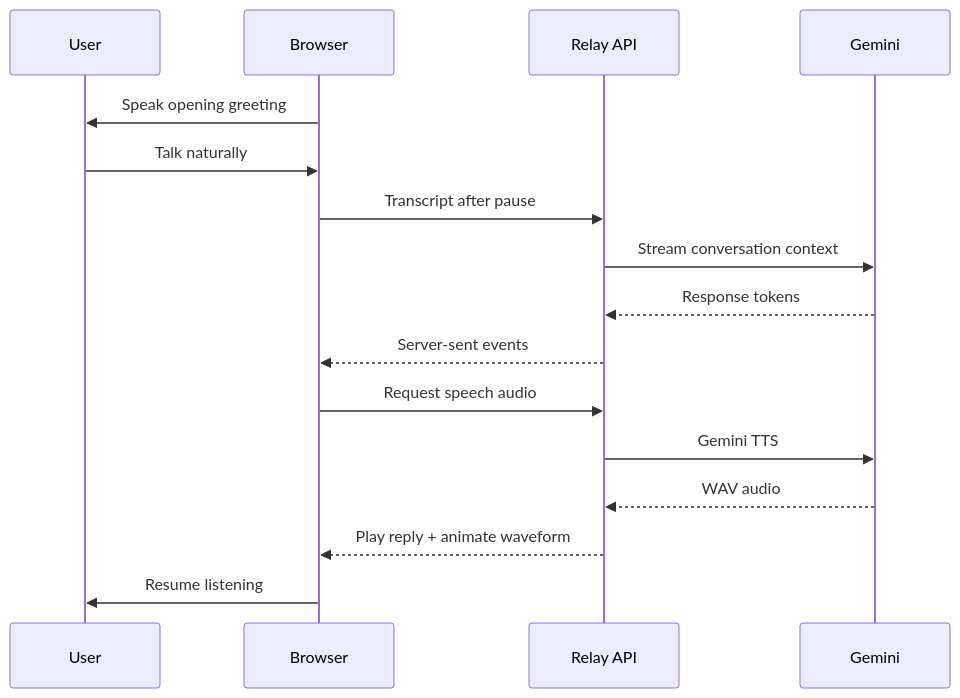
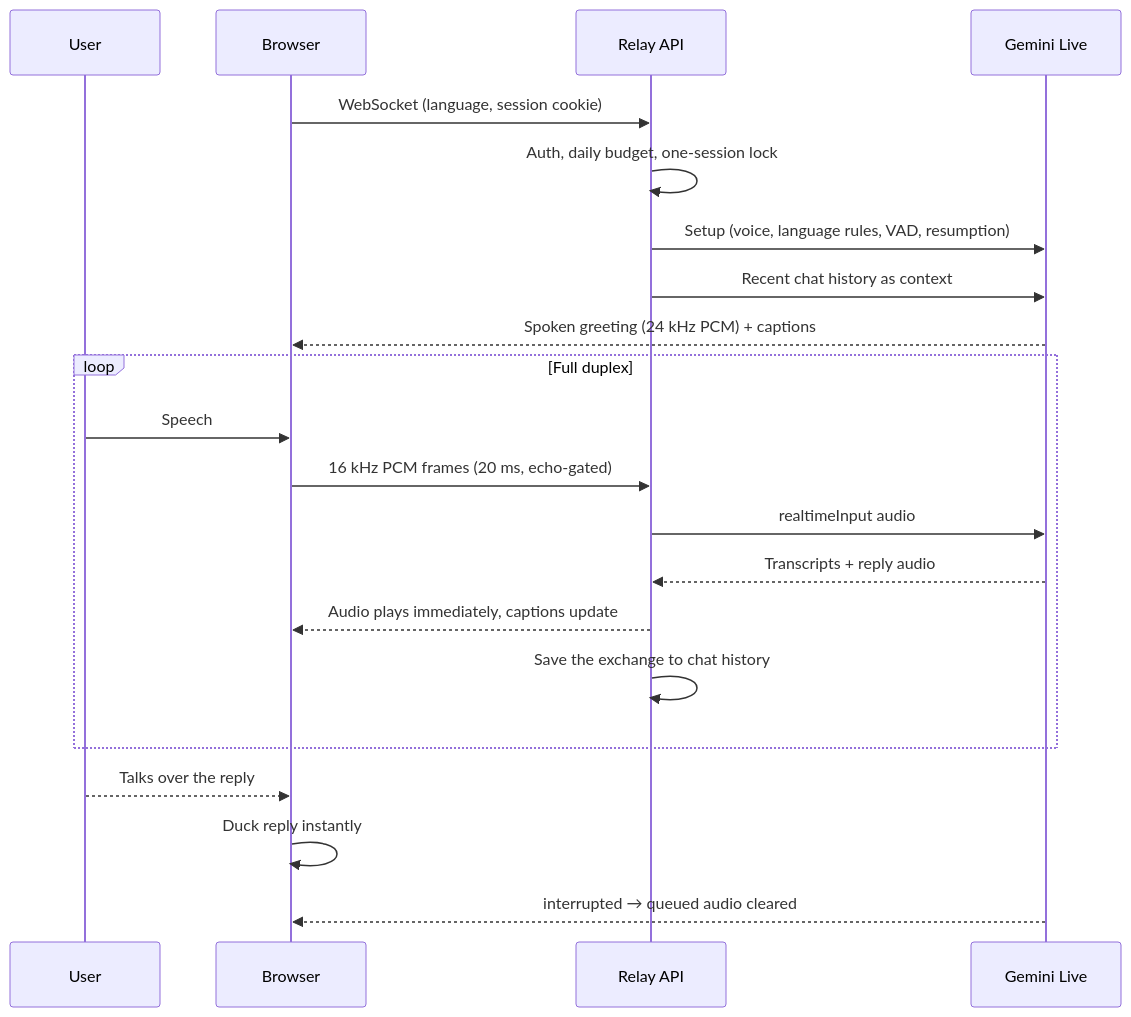
One commit to Nati1-2/AIchatbotandchatapp changed the diagram in README.md. Above: the diagram before and after it, drawn with Mermaid. The commit also changed other lines of this file and 42 other files, not shown here.

````diff
--- a/README.md
+++ b/README.md
@@ -90,19 +113,24 @@
 ```mermaid
 sequenceDiagram
     participant U as User
     participant B as Browser
     participant A as Relay API
-    participant G as Gemini
+    participant G as Gemini Live
 
-    B->>U: Speak opening greeting
-    U->>B: Talk naturally
-    B->>A: Transcript after pause
-    A->>G: Stream conversation context
-    G-->>A: Response tokens
-    A-->>B: Server-sent events
-    B->>A: Request speech audio
-    A->>G: Gemini TTS
-    G-->>A: WAV audio
-    A-->>B: Play reply + animate waveform
-    B->>U: Resume listening
+    B->>A: WebSocket (language, session cookie)
+    A->>A: Auth, daily budget, one-session lock
+    A->>G: Setup (voice, language rules, VAD, resumption)
+    A->>G: Recent chat history as context
+    G-->>B: Spoken greeting (24 kHz PCM) + captions
+    loop Full duplex
+        U->>B: Speech
+        B->>A: 16 kHz PCM frames (20 ms, echo-gated)
+        A->>G: realtimeInput audio
+        G-->>A: Transcripts + reply audio
+        A-->>B: Audio plays immediately, captions update
+        A->>A: Save the exchange to chat history
+    end
+    U-->>B: Talks over the reply
+    B->>B: Duck reply instantly
+    G-->>B: interrupted → queued audio cleared
 ```
````
